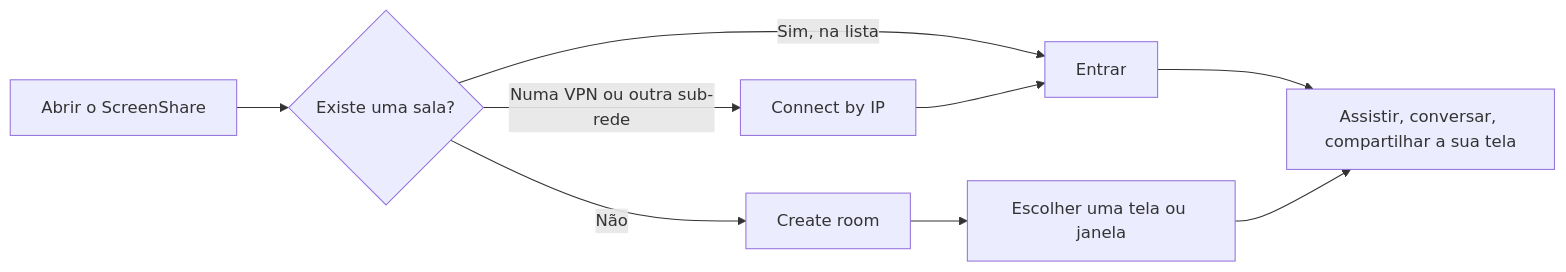
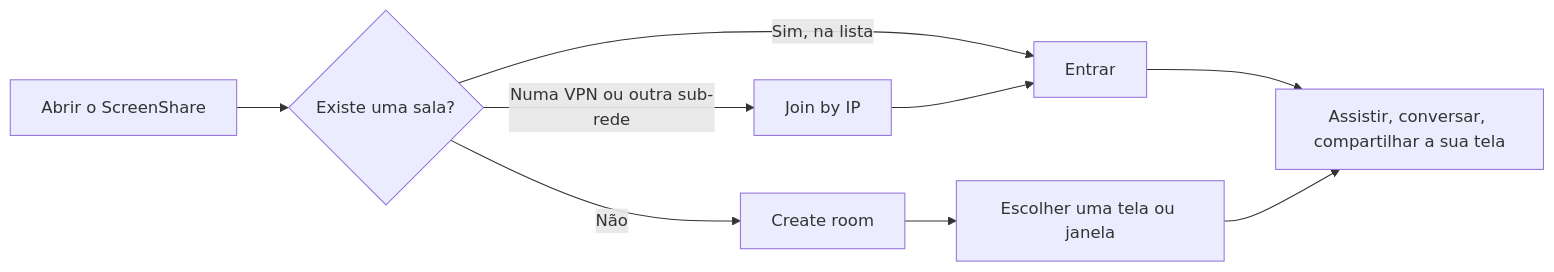
Before and after one commit to nsfxu/lan-screenshare: the diagram in docs/pt-BR/user-guide.md, drawn with Mermaid. The commit also changed other lines of this file and 17 other files, not shown here.

````diff
--- a/docs/pt-BR/user-guide.md
+++ b/docs/pt-BR/user-guide.md
@@ -31,9 +31,9 @@
 ```mermaid
 flowchart LR
   A["Abrir o ScreenShare"] --> B{"Existe uma sala?"}
   B -->|"Sim, na lista"| C["Entrar"]
-  B -->|"Numa VPN ou outra sub-rede"| D["Connect by IP"] --> C
+  B -->|"Numa VPN ou outra sub-rede"| D["Join by IP"] --> C
   B -->|"Não"| E["Create room"] --> F["Escolher uma tela ou janela"]
   C --> G["Assistir, conversar, compartilhar a sua tela"]
   F --> G
 ```
````
